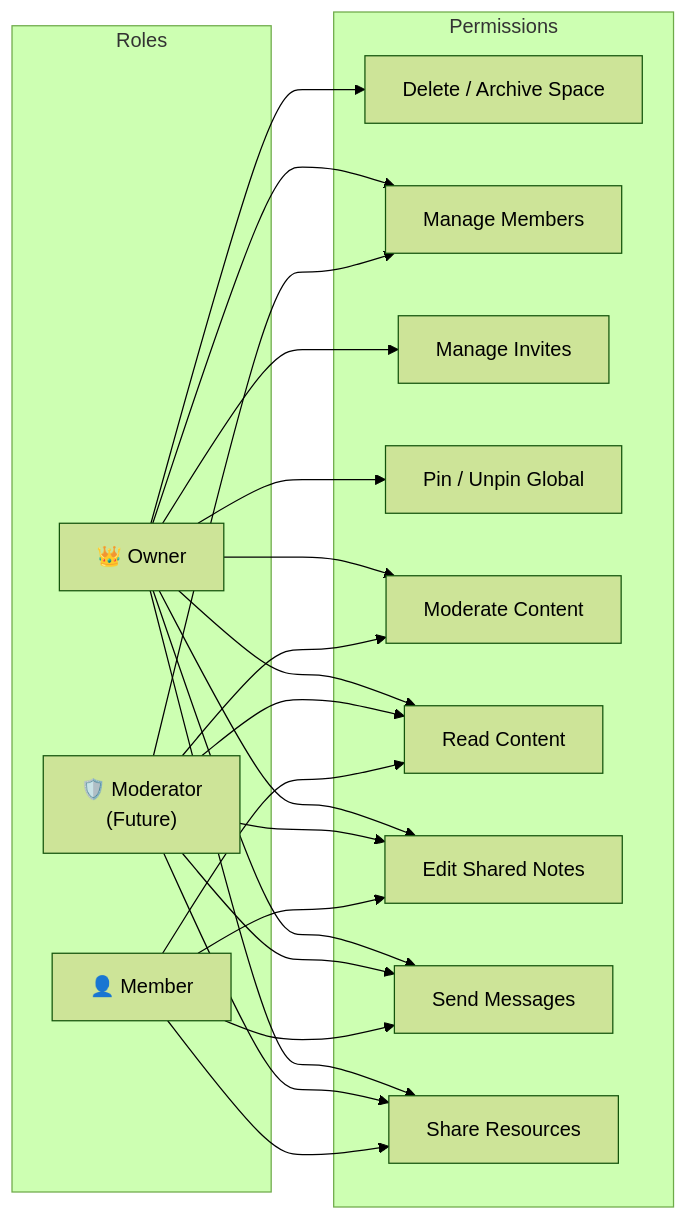
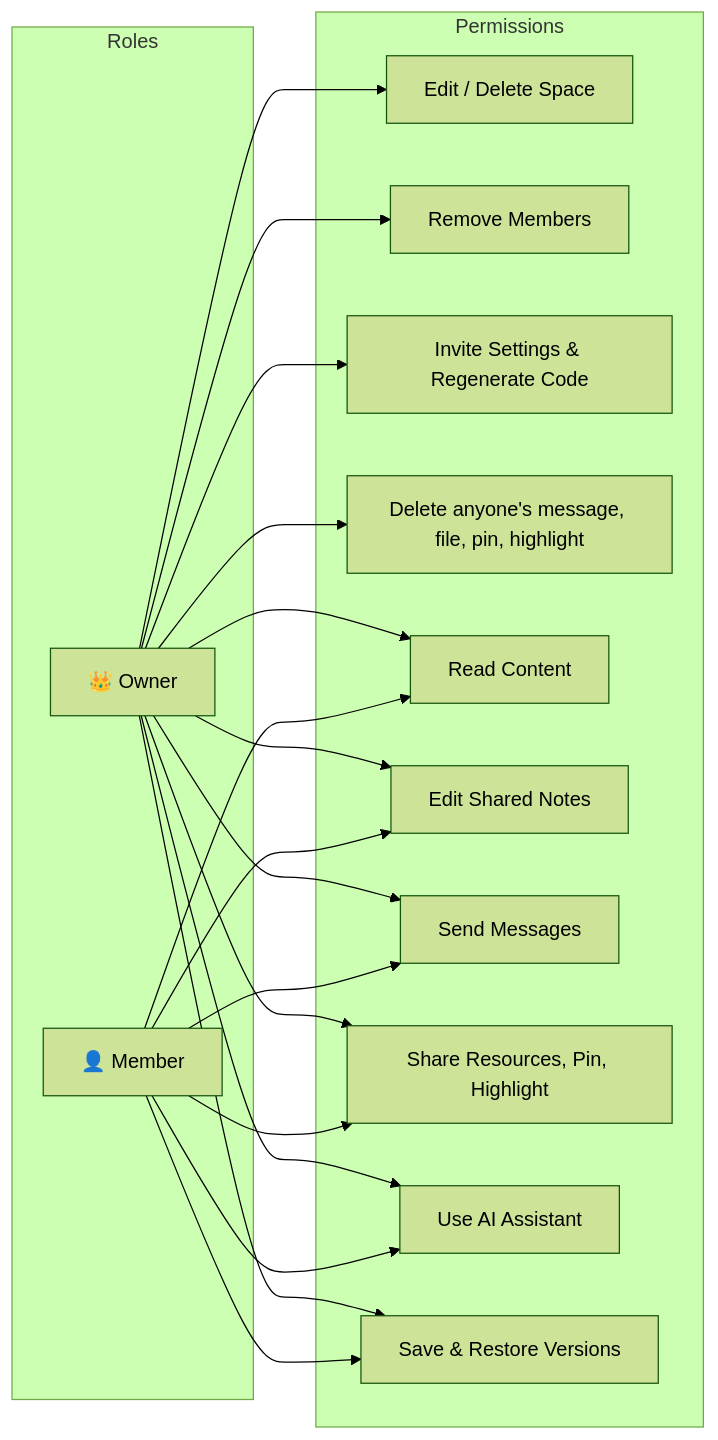
Before and after one commit to Priyansh9506/Hive: the fifth of 19 diagrams in README.md, drawn with Mermaid (forest theme). The commit also changed other lines of this file and 52 other files, not shown here.

````diff
--- a/README.md
+++ b/README.md
@@ -467,42 +547,38 @@
 ```mermaid
 graph LR
     subgraph Roles
         O["👑 Owner"]
         M["👤 Member"]
-        MOD["🛡️ Moderator<br/>(Future)"]
     end
 
     subgraph Permissions
-        P1["Delete / Archive Space"]
-        P2["Manage Members"]
-        P3["Manage Invites"]
-        P4["Pin / Unpin Global"]
-        P5["Moderate Content"]
-        P6["Read Content"]
-        P7["Edit Shared Notes"]
-        P8["Send Messages"]
-        P9["Share Resources"]
+        P1["Edit / Delete Space"]
+        P2["Remove Members"]
+        P3["Invite Settings & Regenerate Code"]
+        P4["Delete anyone's message, file, pin, highlight"]
+        P5["Read Content"]
+        P6["Edit Shared Notes"]
+        P7["Send Messages"]
+        P8["Share Resources, Pin, Highlight"]
+        P9["Use AI Assistant"]
+        P10["Save & Restore Versions"]
     end
 
     O --> P1
     O --> P2
     O --> P3
     O --> P4
     O --> P5
     O --> P6
     O --> P7
     O --> P8
     O --> P9
+    O --> P10
 
-    MOD --> P5
-    MOD --> P2
-    MOD --> P6
-    MOD --> P7
-    MOD --> P8
-    MOD --> P9
-
+    M --> P5
     M --> P6
     M --> P7
     M --> P8
     M --> P9
+    M --> P10
 ```
````
